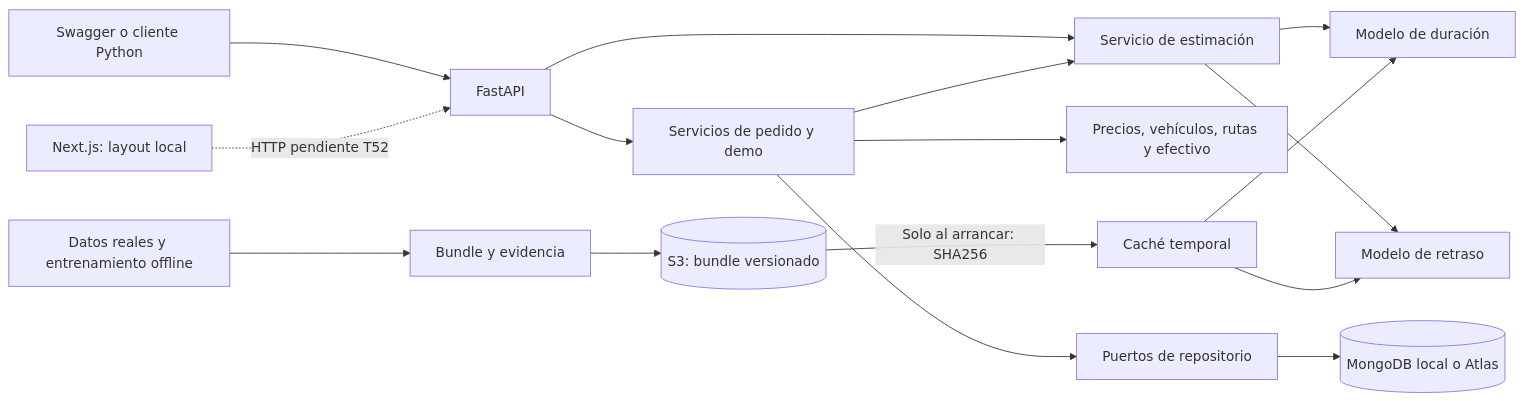
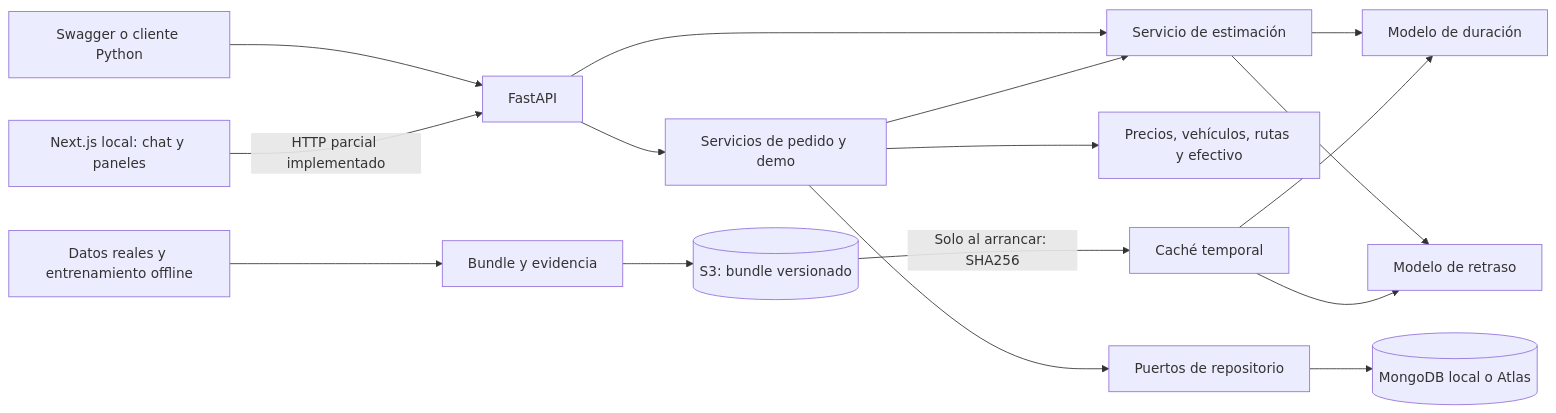
Before and after one commit to rvigil24/ml-delivery-app: the diagram in docs/ARCHITECTURE.md, drawn with Mermaid. The commit also changed other lines of this file and 18 other files, not shown here.

````diff
--- a/docs/ARCHITECTURE.md
+++ b/docs/ARCHITECTURE.md
@@ -18,18 +19,18 @@
 ```mermaid
 flowchart LR
     Client[Swagger o cliente Python] --> API[FastAPI]
-    UI[Next.js: layout local] -. HTTP pendiente T52 .-> API
+    UI[Next.js local: chat y paneles] -->|HTTP parcial implementado| API
     API --> Estimate[Servicio de estimación]
     Estimate --> ETA[Modelo de duración]
     Estimate --> Risk[Modelo de retraso]
     API --> Demo[Servicios de pedido y demo]
     Demo --> Estimate
     Demo --> Rules[Precios, vehículos, rutas y efectivo]
     Demo --> Ports[Puertos de repositorio]
     Ports --> Mongo[(MongoDB local o Atlas)]
     S3[(S3: bundle versionado)] -->|Solo al arrancar: SHA256| Cache[Caché temporal]
     Cache --> ETA
     Cache --> Risk
     Offline[Datos reales y entrenamiento offline] --> Bundle[Bundle y evidencia]
     Bundle --> S3
 ```
````
